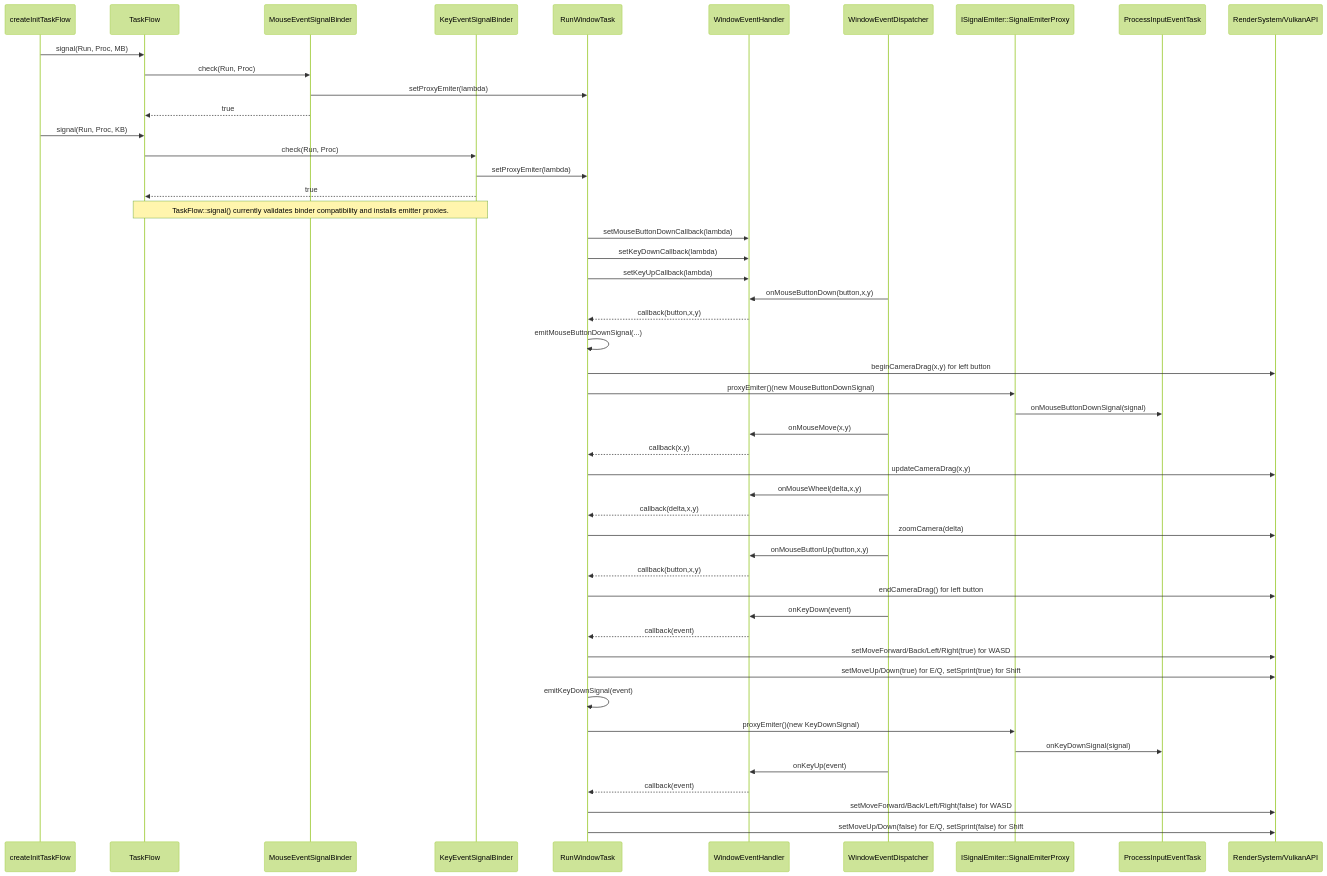
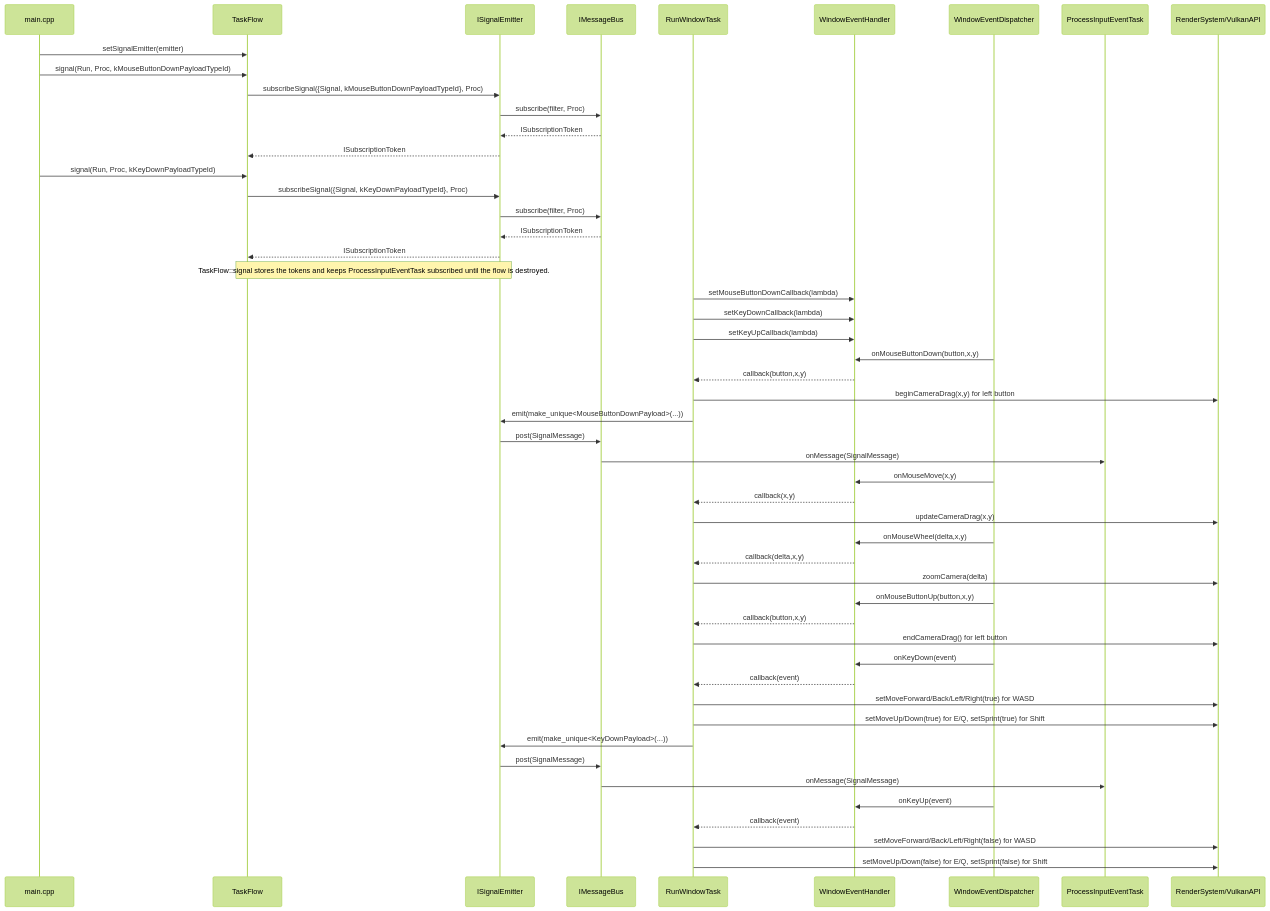
One commit to vigine-dev/Vigine changed the diagram in doc/sequence-window-signal.md. Above: the diagram before and after it, drawn with Mermaid (forest theme). The commit also changed 7 other files, not shown here.

````diff
--- a/doc/sequence-window-signal.md
+++ b/doc/sequence-window-signal.md
@@ -3,61 +3,63 @@
 ```mermaid
 sequenceDiagram
-participant Main as createInitTaskFlow
+participant Main as main.cpp
 participant TF as TaskFlow
-participant MB as MouseEventSignalBinder
-participant KB as KeyEventSignalBinder
+participant Emitter as ISignalEmitter
+participant Bus as IMessageBus
 participant Run as RunWindowTask
 participant Handler as WindowEventHandler
 participant Disp as WindowEventDispatcher
-participant Proxy as ISignalEmiter::SignalEmiterProxy
 participant Proc as ProcessInputEventTask
 participant Render as RenderSystem/VulkanAPI
 
-Main->>TF: signal(Run, Proc, MB)
-TF->>MB: check(Run, Proc)
-MB->>Run: setProxyEmiter(lambda)
-MB-->>TF: true
+Main->>TF: setSignalEmitter(emitter)
+Main->>TF: signal(Run, Proc, kMouseButtonDownPayloadTypeId)
+TF->>Emitter: subscribeSignal({Signal, kMouseButtonDownPayloadTypeId}, Proc)
+Emitter->>Bus: subscribe(filter, Proc)
+Bus-->>Emitter: ISubscriptionToken
+Emitter-->>TF: ISubscriptionToken
 
-Main->>TF: signal(Run, Proc, KB)
-TF->>KB: check(Run, Proc)
-KB->>Run: setProxyEmiter(lambda)
-KB-->>TF: true
+Main->>TF: signal(Run, Proc, kKeyDownPayloadTypeId)
+TF->>Emitter: subscribeSignal({Signal, kKeyDownPayloadTypeId}, Proc)
+Emitter->>Bus: subscribe(filter, Proc)
+Bus-->>Emitter: ISubscriptionToken
+Emitter-->>TF: ISubscriptionToken
 
-Note over TF,KB: TaskFlow::signal() currently validates binder compatibility and installs emitter proxies.
+Note over TF,Emitter: TaskFlow::signal stores the tokens and keeps ProcessInputEventTask subscribed until the flow is destroyed.
 
 Run->>Handler: setMouseButtonDownCallback(lambda)
 Run->>Handler: setKeyDownCallback(lambda)
 Run->>Handler: setKeyUpCallback(lambda)
 
 Disp->>Handler: onMouseButtonDown(button,x,y)
 Handler-->>Run: callback(button,x,y)
-Run->>Run: emitMouseButtonDownSignal(...)
 Run->>Render: beginCameraDrag(x,y) for left button
-Run->>Proxy: proxyEmiter()(new MouseButtonDownSignal)
-Proxy->>Proc: onMouseButtonDownSignal(signal)
+Run->>Emitter: emit(make_unique<MouseButtonDownPayload>(...))
+Emitter->>Bus: post(SignalMessage)
+Bus->>Proc: onMessage(SignalMessage)
 
 Disp->>Handler: onMouseMove(x,y)
 Handler-->>Run: callback(x,y)
 Run->>Render: updateCameraDrag(x,y)
 
 Disp->>Handler: onMouseWheel(delta,x,y)
 Handler-->>Run: callback(delta,x,y)
 Run->>Render: zoomCamera(delta)
 
 Disp->>Handler: onMouseButtonUp(button,x,y)
 Handler-->>Run: callback(button,x,y)
 Run->>Render: endCameraDrag() for left button
 
 Disp->>Handler: onKeyDown(event)
 Handler-->>Run: callback(event)
 Run->>Render: setMoveForward/Back/Left/Right(true) for WASD
 Run->>Render: setMoveUp/Down(true) for E/Q, setSprint(true) for Shift
-Run->>Run: emitKeyDownSignal(event)
-Run->>Proxy: proxyEmiter()(new KeyDownSignal)
-Proxy->>Proc: onKeyDownSignal(signal)
+Run->>Emitter: emit(make_unique<KeyDownPayload>(...))
+Emitter->>Bus: post(SignalMessage)
+Bus->>Proc: onMessage(SignalMessage)
 
 Disp->>Handler: onKeyUp(event)
 Handler-->>Run: callback(event)
 Run->>Render: setMoveForward/Back/Left/Right(false) for WASD
 Run->>Render: setMoveUp/Down(false) for E/Q, setSprint(false) for Shift
 ```
````
